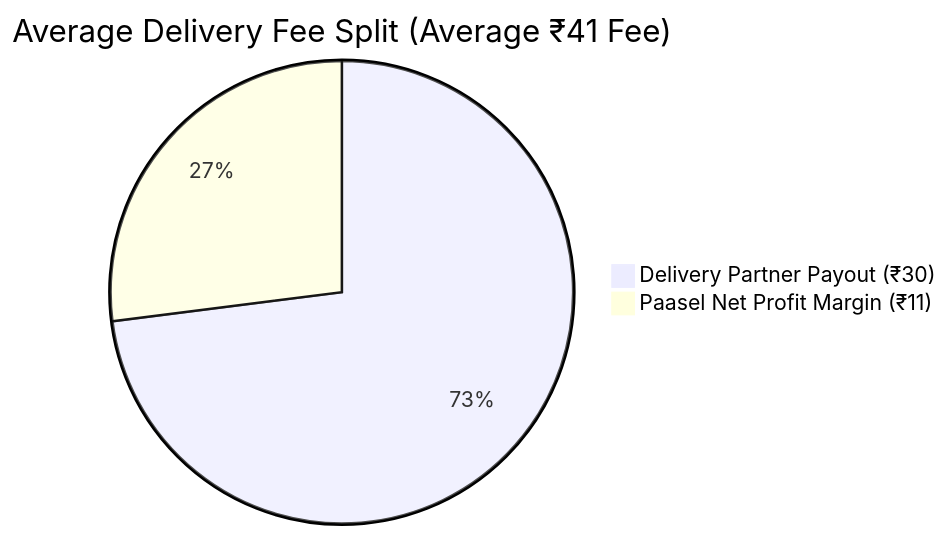
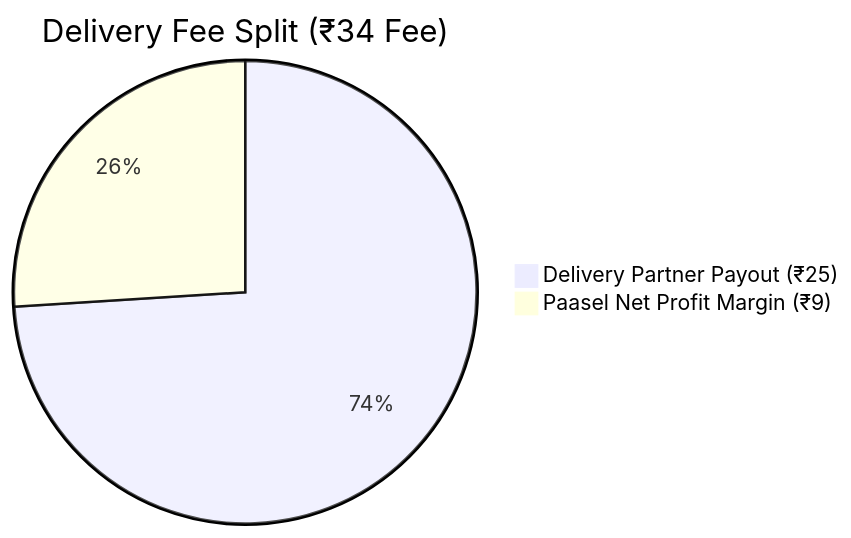
Before and after one commit to amangovindrao/passel: the third of 7 diagrams in INVESTOR_PITCH_DECK.md, drawn with Mermaid. The commit also changed other lines of this file and 1 other file, not shown here.

Commit message:
docs: update fee model to flat ₹34 delivery fee (₹25 rider payout, ₹9 platform) & add Free Delivery promo note

````diff
--- a/INVESTOR_PITCH_DECK.md
+++ b/INVESTOR_PITCH_DECK.md
@@ -77,5 +75,5 @@
 ```mermaid
-pie title Average Delivery Fee Split (Average ₹41 Fee)
-    "Delivery Partner Payout (₹30)" : 73
-    "Paasel Net Profit Margin (₹11)" : 27
+pie title Delivery Fee Split (₹34 Fee)
+    "Delivery Partner Payout (₹25)" : 74
+    "Paasel Net Profit Margin (₹9)" : 26
 ```
````
